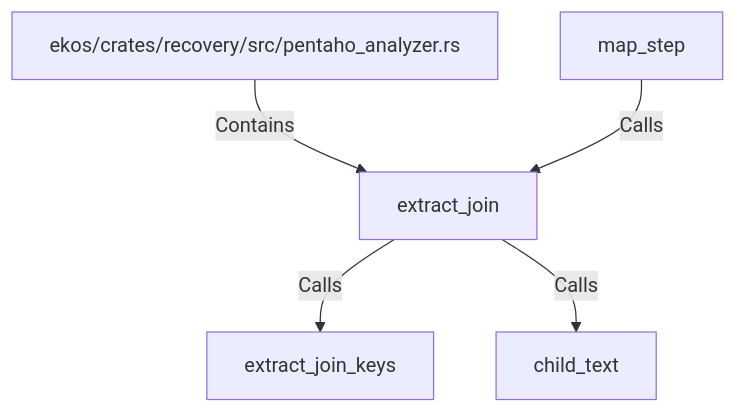
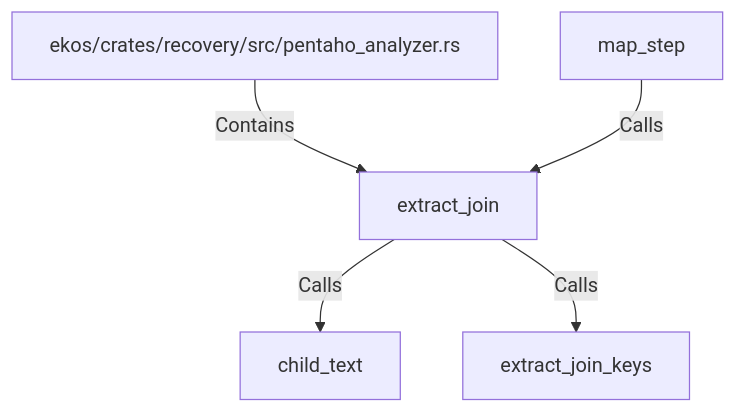
One commit to alexeyban/EKOS changed the diagram in doc/entities/rustsymbol/ex/extract-join.md. Above: the diagram before and after it, drawn with Mermaid. The commit also changed other lines of this file and 552 other files, not shown here.

````diff
--- a/doc/entities/rustsymbol/ex/extract-join.md
+++ b/doc/entities/rustsymbol/ex/extract-join.md
@@ -23,12 +23,12 @@
 ```mermaid
 graph TD
     n450b2ac3e3bb5b8ba2d1ed9e281bc3b2["extract_join"]
     nce3d2f1be1c655d792bcc1b69f76dbca["ekos/crates/recovery/src/pentaho_analyzer.rs"]
     nce3d2f1be1c655d792bcc1b69f76dbca -->|Contains| n450b2ac3e3bb5b8ba2d1ed9e281bc3b2
     n47faefae62225ae2a4a99ec080997290["map_step"]
     n47faefae62225ae2a4a99ec080997290 -->|Calls| n450b2ac3e3bb5b8ba2d1ed9e281bc3b2
+    nf70791eabde457ab8af1ccc69fa9f5a7["child_text"]
+    n450b2ac3e3bb5b8ba2d1ed9e281bc3b2 -->|Calls| nf70791eabde457ab8af1ccc69fa9f5a7
     n73352edd35a859e4aff44f4ac9548170["extract_join_keys"]
     n450b2ac3e3bb5b8ba2d1ed9e281bc3b2 -->|Calls| n73352edd35a859e4aff44f4ac9548170
-    nf70791eabde457ab8af1ccc69fa9f5a7["child_text"]
-    n450b2ac3e3bb5b8ba2d1ed9e281bc3b2 -->|Calls| nf70791eabde457ab8af1ccc69fa9f5a7
 ```
````
